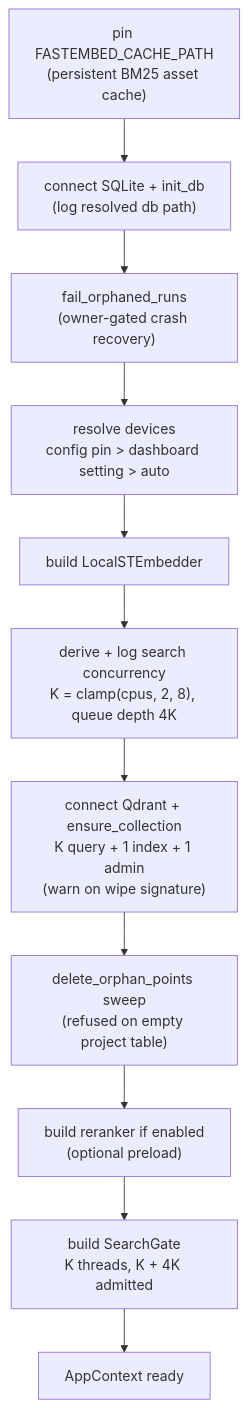
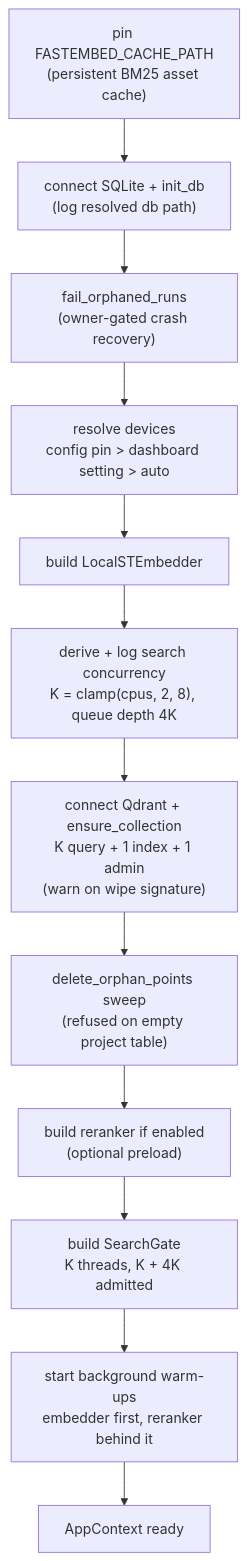
Before and after one commit to behl1anmol/Noesis: the diagram in docs/internals/runtime.md, drawn with Mermaid. The commit also changed other lines of this file and 9 other files, not shown here.

First line of the commit message:
docs: the reranker's cold-start signals, and ADR-87's rationale (#52)

````diff
--- a/docs/internals/runtime.md
+++ b/docs/internals/runtime.md
@@ -28,13 +29,14 @@
 ```mermaid
 flowchart TB
     A["pin FASTEMBED_CACHE_PATH\n(persistent BM25 asset cache)"] --> B["connect SQLite + init_db\n(log resolved db path)"]
     B --> C["fail_orphaned_runs\n(owner-gated crash recovery)"]
     C --> D["resolve devices\nconfig pin > dashboard setting > auto"]
     D --> E["build LocalSTEmbedder"]
     E --> P["derive + log search concurrency\nK = clamp(cpus, 2, 8), queue depth 4K"]
     P --> F["connect Qdrant + ensure_collection\nK query + 1 index + 1 admin\n(warn on wipe signature)"]
     F --> G["delete_orphan_points sweep\n(refused on empty project table)"]
     G --> H["build reranker if enabled\n(optional preload)"]
     H --> S["build SearchGate\nK threads, K + 4K admitted"]
-    S --> I["AppContext ready"]
+    S --> W["start background warm-ups\nembedder first, reranker behind it"]
+    W --> I["AppContext ready"]
 ```
````
